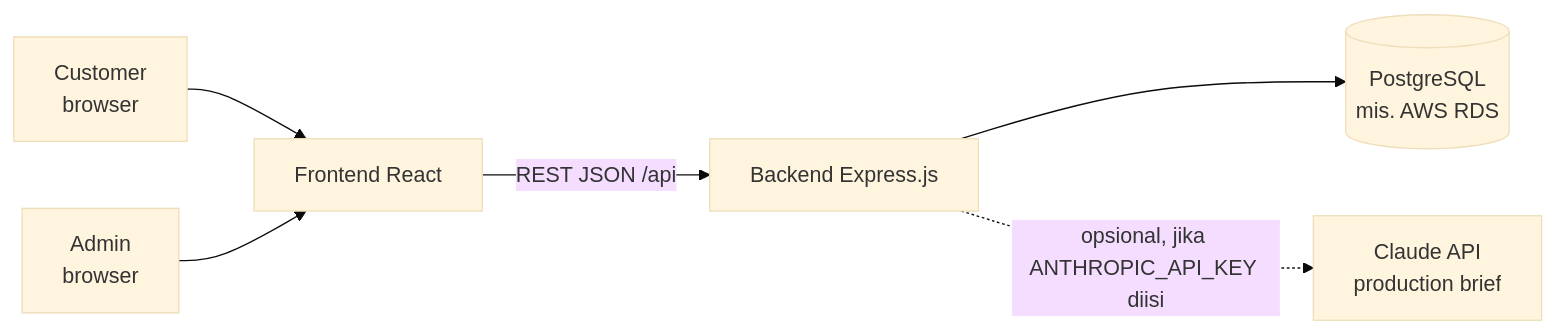
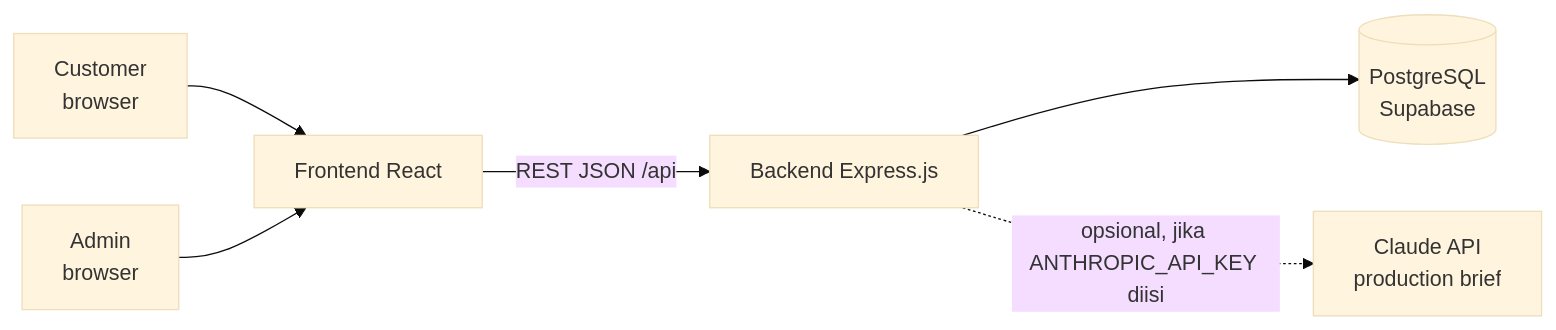
One commit to segafjufry/Tewiwi-House-Backend changed the first of 5 diagrams in docs/ARSITEKTUR.md. Above: the diagram before and after it, drawn with Mermaid (base theme). The commit also changed other lines of this file and 8 other files, not shown here.

````diff
--- a/docs/ARSITEKTUR.md
+++ b/docs/ARSITEKTUR.md
@@ -5,8 +5,8 @@
 ```mermaid
 flowchart LR
   C[Customer<br/>browser] --> F[Frontend React]
   A[Admin<br/>browser] --> F
   F -- "REST JSON /api" --> B[Backend Express.js]
-  B --> D[(PostgreSQL<br/>mis. AWS RDS)]
+  B --> D[(PostgreSQL<br/>Supabase)]
   B -. "opsional, jika ANTHROPIC_API_KEY diisi" .-> G[Claude API<br/>production brief]
 ```
````
